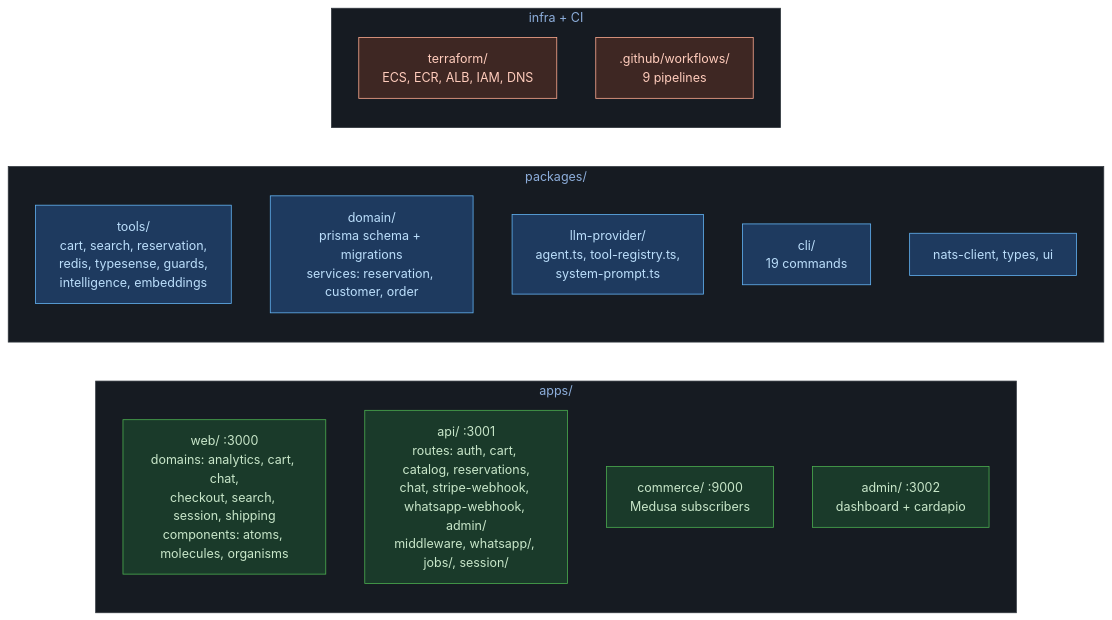
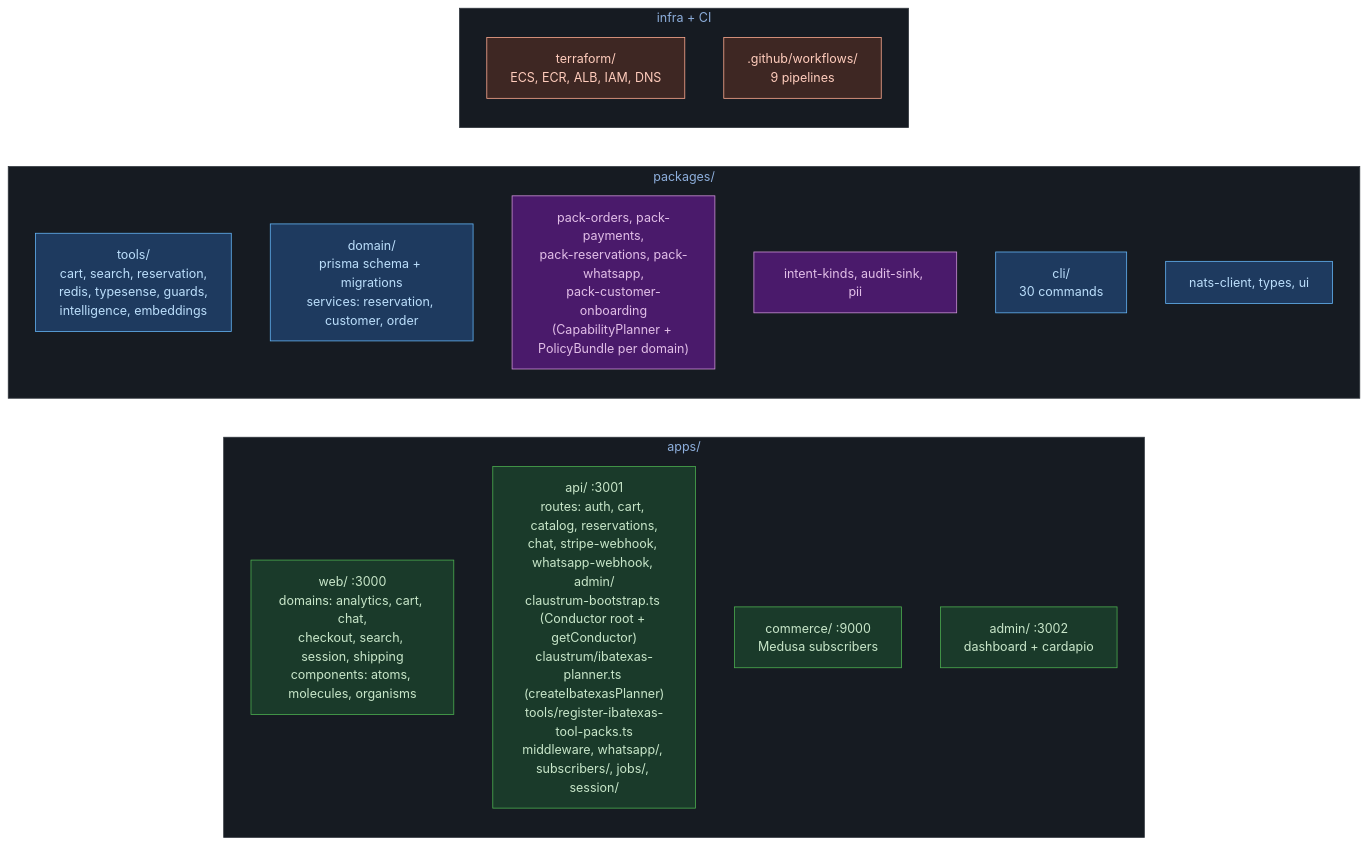
Before and after one commit to BrunoRodolpho/ibatexas: the second of 5 diagrams in docs/architecture/README.md, drawn with Mermaid. The commit also changed other lines of this file and 239 other files, not shown here.

````diff
--- a/docs/architecture/README.md
+++ b/docs/architecture/README.md
@@ -97,38 +104,40 @@
 ```mermaid
 %%{init: {'theme': 'base', 'themeVariables': {'primaryColor': '#1e3a5f', 'primaryTextColor': '#e0e0e0', 'primaryBorderColor': '#4a90d9', 'lineColor': '#6ba3d6', 'background': '#0d1117', 'mainBkg': '#161b22', 'clusterBkg': '#161b22', 'clusterBorder': '#30363d'}}}%%
 graph LR
   subgraph apps["apps/"]
     direction TB
     WEB["web/ :3000<br/>domains: analytics, cart, chat,<br/>checkout, search, session, shipping<br/>components: atoms, molecules, organisms"]
-    API_APP["api/ :3001<br/>routes: auth, cart, catalog, reservations,<br/>chat, stripe-webhook, whatsapp-webhook, admin/<br/>middleware, whatsapp/, jobs/, session/"]
+    API_APP["api/ :3001<br/>routes: auth, cart, catalog, reservations,<br/>chat, stripe-webhook, whatsapp-webhook, admin/<br/>claustrum-bootstrap.ts (Conductor root + getConductor)<br/>claustrum/ibatexas-planner.ts (createIbatexasPlanner)<br/>tools/register-ibatexas-tool-packs.ts<br/>middleware, whatsapp/, subscribers/, jobs/, session/"]
     COMMERCE["commerce/ :9000<br/>Medusa subscribers"]
     ADMIN_APP["admin/ :3002<br/>dashboard + cardapio"]
   end
 
   subgraph packages["packages/"]
     direction TB
     TOOLS["tools/<br/>cart, search, reservation,<br/>redis, typesense, guards,<br/>intelligence, embeddings"]
     DOMAIN["domain/<br/>prisma schema + migrations<br/>services: reservation, customer, order"]
-    LLM["llm-provider/<br/>agent.ts, tool-registry.ts,<br/>system-prompt.ts"]
-    CLI_PKG["cli/<br/>19 commands"]
+    PACKS["pack-orders, pack-payments,<br/>pack-reservations, pack-whatsapp,<br/>pack-customer-onboarding<br/>(CapabilityPlanner + PolicyBundle per domain)"]
+    KERN["intent-kinds, audit-sink, pii"]
+    CLI_PKG["cli/<br/>30 commands"]
     OTHER["nats-client, types, ui"]
   end
 
   subgraph infra["infra + CI"]
     direction TB
     TF["terraform/<br/>ECS, ECR, ALB, IAM, DNS"]
     GH[".github/workflows/<br/>9 pipelines"]
   end
 
   style WEB fill:#1a3a2a,stroke:#4caf50,color:#c8e6c9
   style API_APP fill:#1a3a2a,stroke:#4caf50,color:#c8e6c9
   style COMMERCE fill:#1a3a2a,stroke:#4caf50,color:#c8e6c9
   style ADMIN_APP fill:#1a3a2a,stroke:#4caf50,color:#c8e6c9
   style TOOLS fill:#1e3a5f,stroke:#64b5f6,color:#bbdefb
   style DOMAIN fill:#1e3a5f,stroke:#64b5f6,color:#bbdefb
-  style LLM fill:#1e3a5f,stroke:#64b5f6,color:#bbdefb
+  style PACKS fill:#4a1a6b,stroke:#ce93d8,color:#e1bee7
+  style KERN fill:#4a1a6b,stroke:#ce93d8,color:#e1bee7
   style CLI_PKG fill:#1e3a5f,stroke:#64b5f6,color:#bbdefb
   style OTHER fill:#1e3a5f,stroke:#64b5f6,color:#bbdefb
   style TF fill:#3e2723,stroke:#ffab91,color:#ffccbc
   style GH fill:#3e2723,stroke:#ffab91,color:#ffccbc
 ```
````
